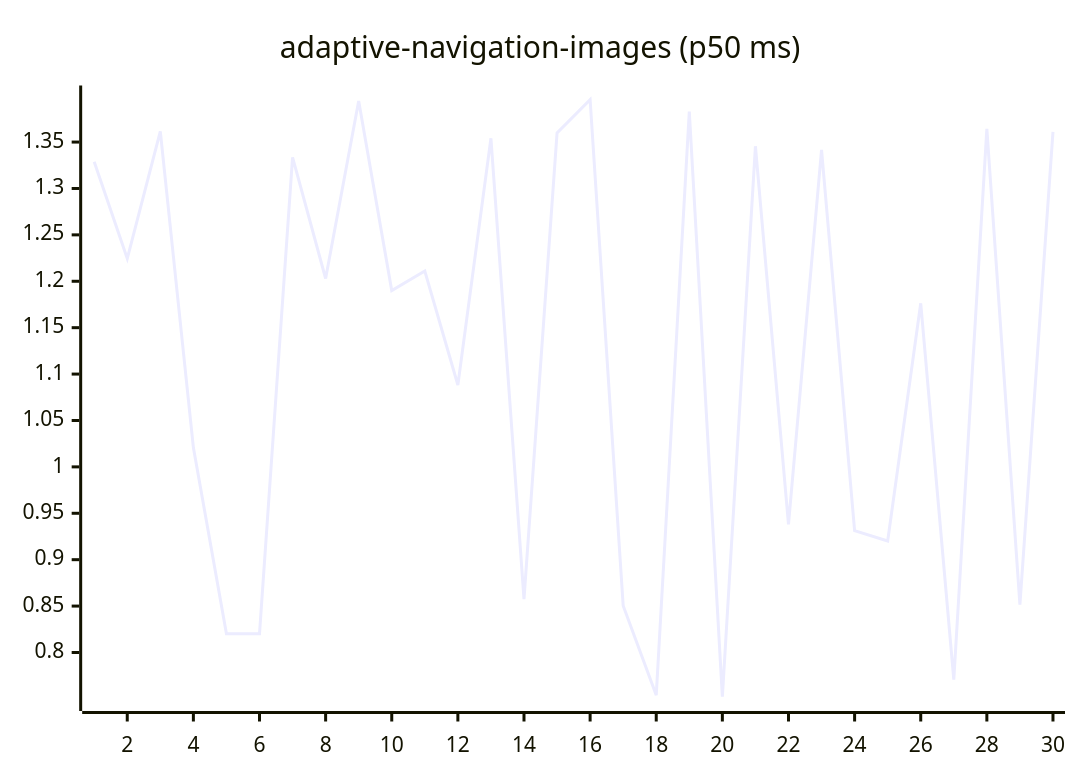
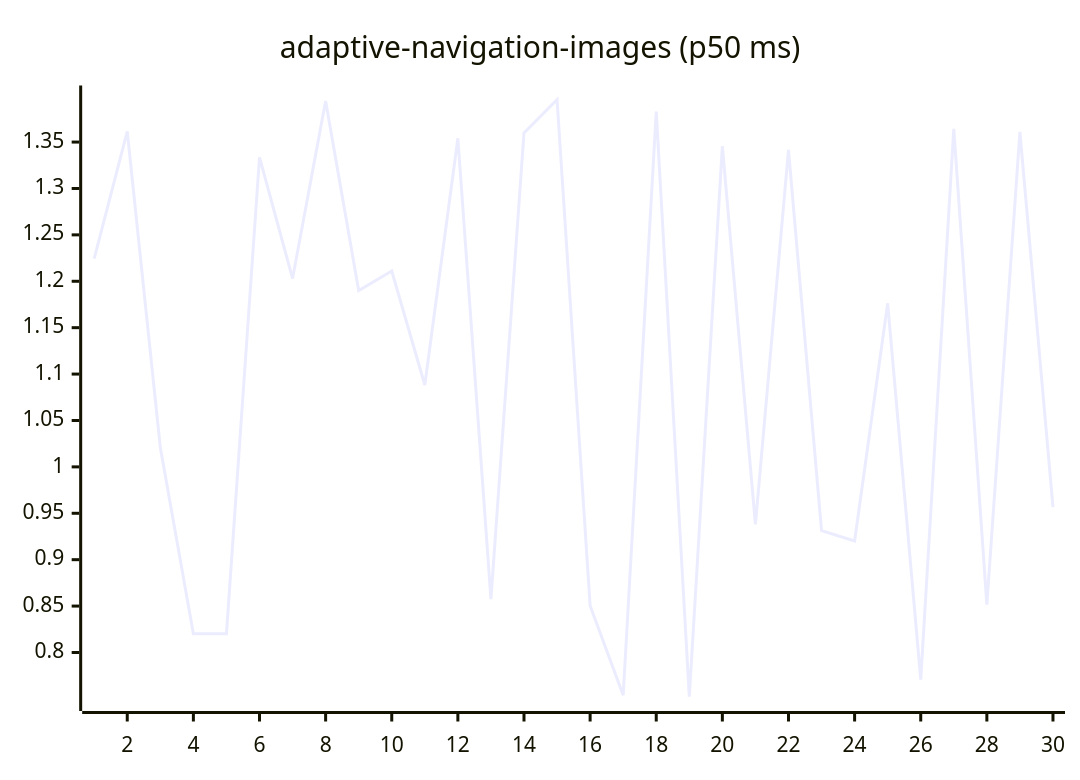
The first of 27 diagrams in README.md (josha/Facet), drawn with Mermaid before and after one commit. The commit also changed other lines of this file and 2 other files, not shown here.

````diff
--- a/README.md
+++ b/README.md
@@ -63,6 +63,6 @@
 ```mermaid
 xychart-beta
     title "adaptive-navigation-images (p50 ms)"
     x-axis 1 --> 30
-    line [1.3288, 1.2245, 1.3615, 1.0208, 0.8202, 0.8203, 1.3336, 1.2030, 1.3942, 1.1900, 1.2110, 1.0882, 1.3541, 0.8576, 1.3599, 1.3956, 0.8504, 0.7540, 1.3829, 0.7523, 1.3455, 0.9380, 1.3415, 0.9312, 0.9201, 1.1763, 0.7707, 1.3642, 0.8516, 1.3610]
+    line [1.2245, 1.3615, 1.0208, 0.8202, 0.8203, 1.3336, 1.2030, 1.3942, 1.1900, 1.2110, 1.0882, 1.3541, 0.8576, 1.3599, 1.3956, 0.8504, 0.7540, 1.3829, 0.7523, 1.3455, 0.9380, 1.3415, 0.9312, 0.9201, 1.1763, 0.7707, 1.3642, 0.8516, 1.3610, 0.9567]
 ```
````
